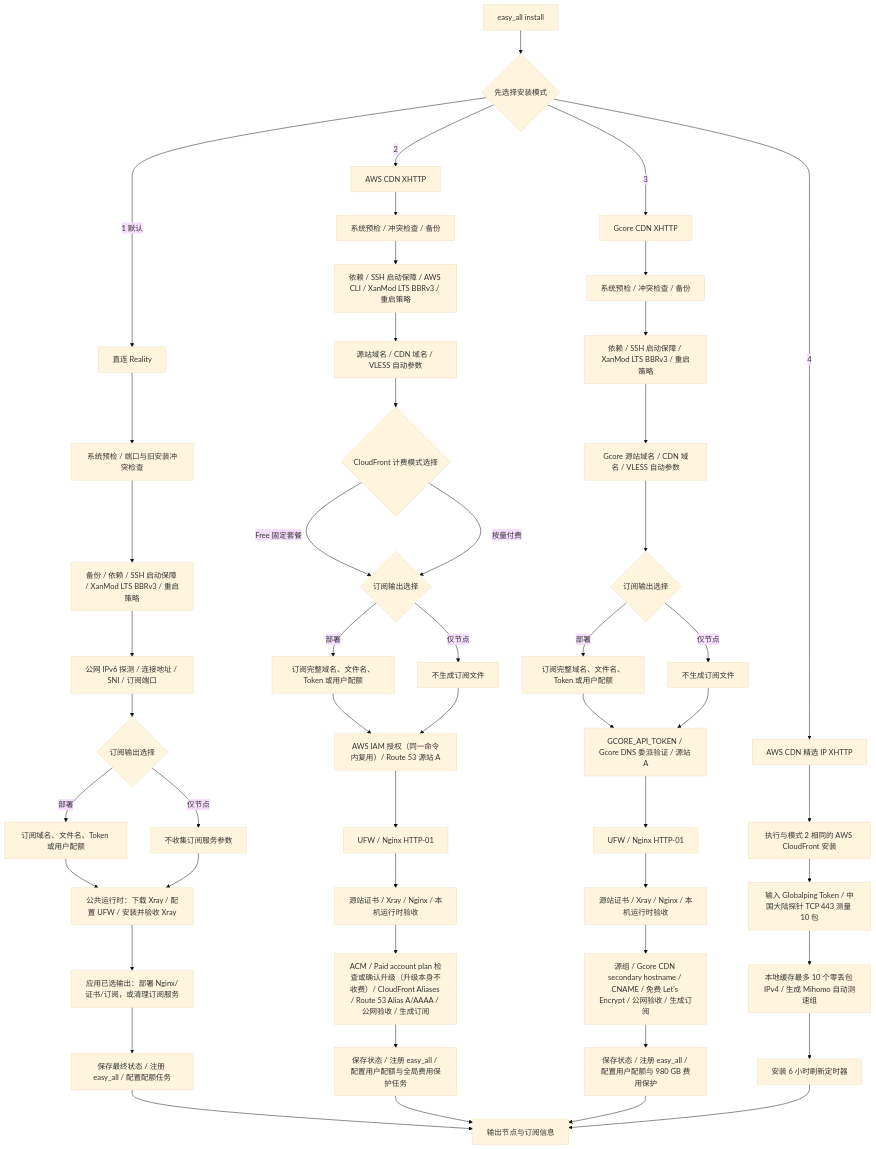
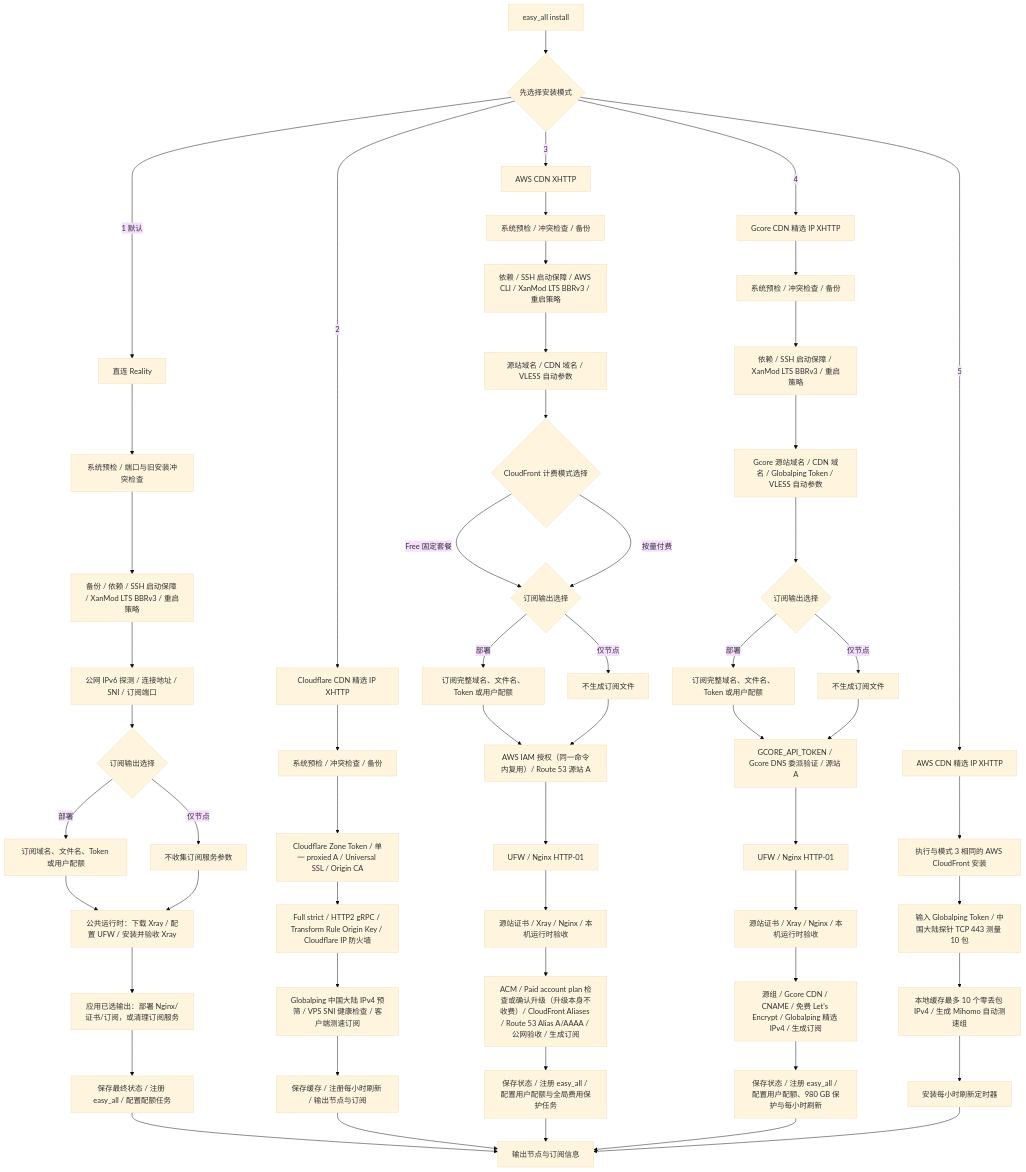
The diagram in README.md (v2yiz/easy_all), drawn with Mermaid (base theme) before and after one commit. The commit also changed other lines of this file and 23 other files, not shown here.

````diff
--- a/README.md
+++ b/README.md
@@ -78,56 +79,64 @@
 ```mermaid
 flowchart TD
     A[easy_all install] --> B{先选择安装模式}
 
     B -->|1 默认| R0[直连 Reality]
     R0 --> R1[系统预检 / 端口与旧安装冲突检查]
     R1 --> R2[备份 / 依赖 / SSH 启动保障 / XanMod LTS BBRv3 / 重启策略]
     R2 --> R3[公网 IPv6 探测 / 连接地址 / SNI / 订阅端口]
     R3 --> R4{订阅输出选择}
     R4 -->|部署| R5[订阅域名、文件名、Token 或用户配额]
     R4 -->|仅节点| R6[不收集订阅服务参数]
     R5 --> R7[公共运行时：下载 Xray / 配置 UFW / 安装并验收 Xray]
     R6 --> R7
     R7 --> R8[应用已选输出：部署 Nginx/证书/订阅，或清理订阅服务]
     R8 --> R9[保存最终状态 / 注册 easy_all / 配置配额任务]
     R9 --> Z[输出节点与订阅信息]
 
-    B -->|2| X0[AWS CDN XHTTP]
+    B -->|2| C0[Cloudflare CDN 精选 IP XHTTP]
+    C0 --> C1[系统预检 / 冲突检查 / 备份]
+    C1 --> C2[Cloudflare Zone Token / 单一 proxied A / Universal SSL / Origin CA]
+    C2 --> C3[Full strict / HTTP2 gRPC / Transform Rule Origin Key / Cloudflare IP 防火墙]
+    C3 --> C4[Globalping 中国大陆 IPv4 预筛 / VPS SNI 健康检查 / 客户端测速订阅]
+    C4 --> C5[保存缓存 / 注册每小时刷新 / 输出节点与订阅]
+    C5 --> Z
+
+    B -->|3| X0[AWS CDN XHTTP]
     X0 --> X1[系统预检 / 冲突检查 / 备份]
     X1 --> X2[依赖 / SSH 启动保障 / AWS CLI / XanMod LTS BBRv3 / 重启策略]
     X2 --> X3[源站域名 / CDN 域名 / VLESS 自动参数]
     X3 --> X3A{CloudFront 计费模式选择}
     X3A -->|Free 固定套餐| X4{订阅输出选择}
     X3A -->|按量付费| X4
     X4 -->|部署| X5[订阅完整域名、文件名、Token 或用户配额]
     X4 -->|仅节点| X6[不生成订阅文件]
     X5 --> X7[AWS IAM 授权（同一命令内复用）/ Route 53 源站 A]
     X6 --> X7
     X7 --> X8[UFW / Nginx HTTP-01]
     X8 --> X9[源站证书 / Xray / Nginx / 本机运行时验收]
     X9 --> X10[ACM / Paid account plan 检查或确认升级（升级本身不收费）/ CloudFront Aliases / Route 53 Alias A/AAAA / 公网验收 / 生成订阅]
     X10 --> X11[保存状态 / 注册 easy_all / 配置用户配额与全局费用保护任务]
     X11 --> Z
 
-    B -->|3| G0[Gcore CDN XHTTP]
+    B -->|4| G0[Gcore CDN 精选 IP XHTTP]
     G0 --> G1[系统预检 / 冲突检查 / 备份]
     G1 --> G2[依赖 / SSH 启动保障 / XanMod LTS BBRv3 / 重启策略]
-    G2 --> G3[Gcore 源站域名 / CDN 域名 / VLESS 自动参数]
+    G2 --> G3[Gcore 源站域名 / CDN 域名 / Globalping Token / VLESS 自动参数]
     G3 --> G4{订阅输出选择}
     G4 -->|部署| G5[订阅完整域名、文件名、Token 或用户配额]
     G4 -->|仅节点| G6[不生成订阅文件]
     G5 --> G7[GCORE_API_TOKEN / Gcore DNS 委派验证 / 源站 A]
     G6 --> G7
     G7 --> G8[UFW / Nginx HTTP-01]
     G8 --> G9[源站证书 / Xray / Nginx / 本机运行时验收]
-    G9 --> G10[源组 / Gcore CDN secondary hostname / CNAME / 免费 Let's Encrypt / 公网验收 / 生成订阅]
-    G10 --> G11[保存状态 / 注册 easy_all / 配置用户配额与 980 GB 费用保护]
+    G9 --> G10[源组 / Gcore CDN / CNAME / 免费 Let's Encrypt / Globalping 精选 IPv4 / 生成订阅]
+    G10 --> G11[保存状态 / 注册 easy_all / 配置用户配额、980 GB 保护与每小时刷新]
     G11 --> Z
 
-    B -->|4| O0[AWS CDN 精选 IP XHTTP]
-    O0 --> O1[执行与模式 2 相同的 AWS CloudFront 安装]
+    B -->|5| O0[AWS CDN 精选 IP XHTTP]
+    O0 --> O1[执行与模式 3 相同的 AWS CloudFront 安装]
     O1 --> O2[输入 Globalping Token / 中国大陆探针 TCP 443 测量 10 包]
     O2 --> O3[本地缓存最多 10 个零丢包 IPv4 / 生成 Mihomo 自动测速组]
-    O3 --> O4[安装 6 小时刷新定时器]
+    O3 --> O4[安装每小时刷新定时器]
     O4 --> Z
 ```
````
